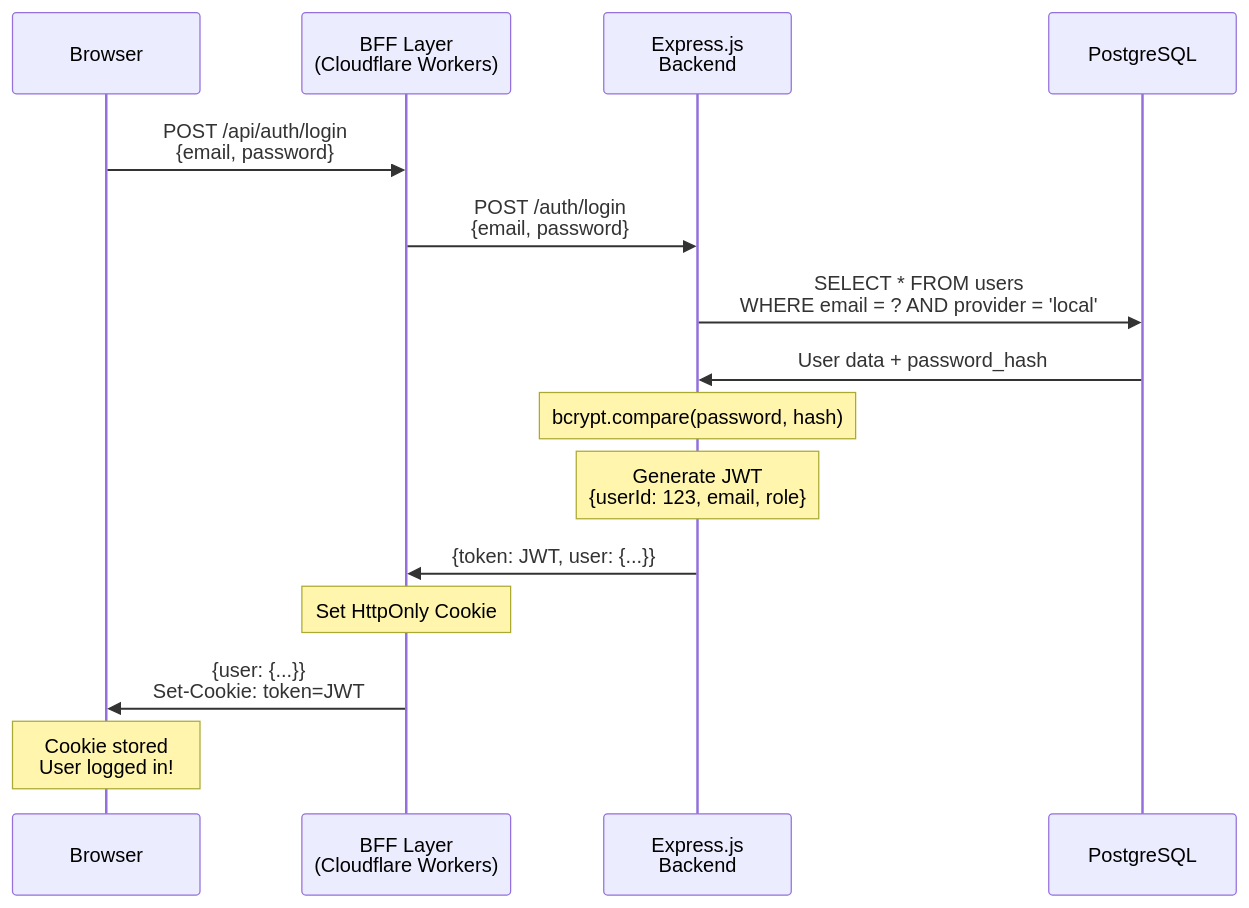
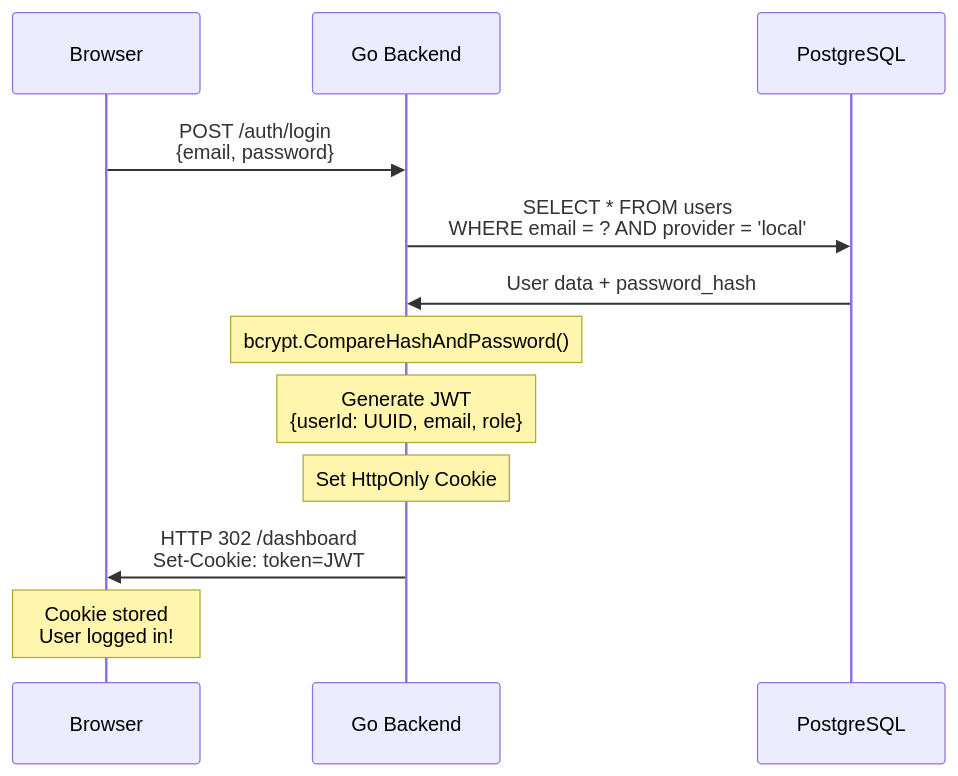
One commit to idtazkia/website-stmik changed the fourth of 11 diagrams in docs/ARCHITECTURE.md. Above: the diagram before and after it, drawn with Mermaid. The commit also changed other lines of this file and 7 other files, not shown here.

First line of the commit message:
Sync all docs to Go backend architecture

````diff
--- a/docs/ARCHITECTURE.md
+++ b/docs/ARCHITECTURE.md
@@ -217,23 +214,19 @@
 ```mermaid
 sequenceDiagram
     participant Browser
-    participant BFF as BFF Layer<br/>(Cloudflare Workers)
-    participant Backend as Express.js<br/>Backend
+    participant Go as Go Backend
     participant DB as PostgreSQL
 
-    Browser->>BFF: POST /api/auth/login<br/>{email, password}
-    BFF->>Backend: POST /auth/login<br/>{email, password}
+    Browser->>Go: POST /auth/login<br/>{email, password}
 
-    Backend->>DB: SELECT * FROM users<br/>WHERE email = ? AND provider = 'local'
-    DB->>Backend: User data + password_hash
+    Go->>DB: SELECT * FROM users<br/>WHERE email = ? AND provider = 'local'
+    DB->>Go: User data + password_hash
 
-    Note over Backend: bcrypt.compare(password, hash)
+    Note over Go: bcrypt.CompareHashAndPassword()
 
-    Note over Backend: Generate JWT<br/>{userId: 123, email, role}
-    Backend->>BFF: {token: JWT, user: {...}}
-
-    Note over BFF: Set HttpOnly Cookie
-    BFF->>Browser: {user: {...}}<br/>Set-Cookie: token=JWT
+    Note over Go: Generate JWT<br/>{userId: UUID, email, role}
+    Note over Go: Set HttpOnly Cookie
+    Go->>Browser: HTTP 302 /dashboard<br/>Set-Cookie: token=JWT
 
     Note over Browser: Cookie stored<br/>User logged in!
 ```
````
